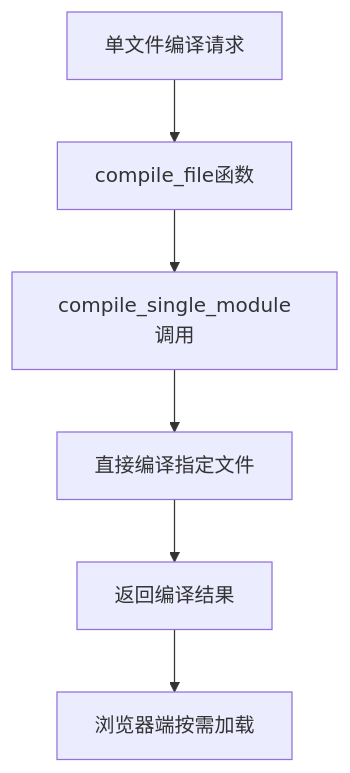
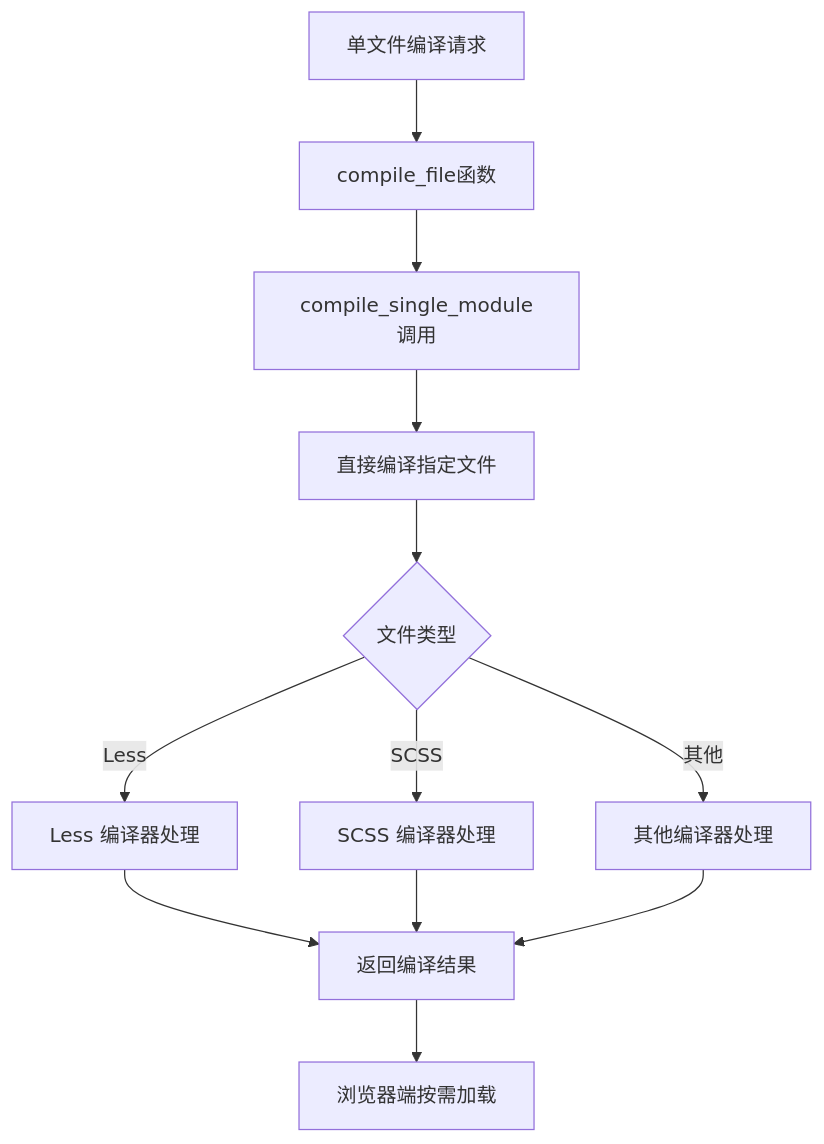
One commit to itszzl-sudo/iris changed the fifth of 19 diagrams in .qoder/repowiki/zh/content/技术架构详解/JS沙箱运行时/Iris-JetCrab引擎/Vue项目编译器.md. Above: the diagram before and after it, drawn with Mermaid. The commit also changed other lines of this file and 27 other files, not shown here.

````diff
--- a/.qoder/repowiki/zh/content/技术架构详解/JS沙箱运行时/Iris-JetCrab引擎/Vue项目编译器.md
+++ b/.qoder/repowiki/zh/content/技术架构详解/JS沙箱运行时/Iris-JetCrab引擎/Vue项目编译器.md
@@ -231,8 +262,14 @@
 ```mermaid
 flowchart TD
 A[单文件编译请求] --> B[compile_file函数]
 B --> C[compile_single_module调用]
 C --> D[直接编译指定文件]
-D --> E[返回编译结果]
-E --> F[浏览器端按需加载]
+D --> E{文件类型}
+E --> |Less| F[Less 编译器处理]
+E --> |SCSS| G[SCSS 编译器处理]
+E --> |其他| H[其他编译器处理]
+F --> I[返回编译结果]
+G --> I
+H --> I
+I --> J[浏览器端按需加载]
 ```
````
